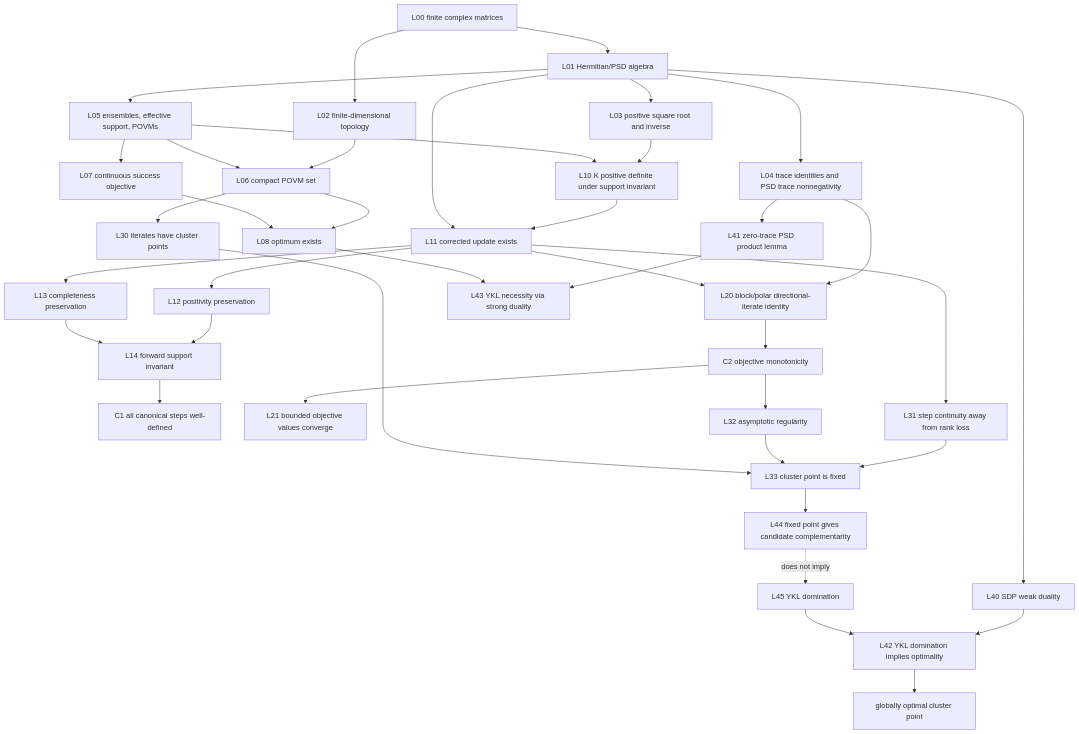
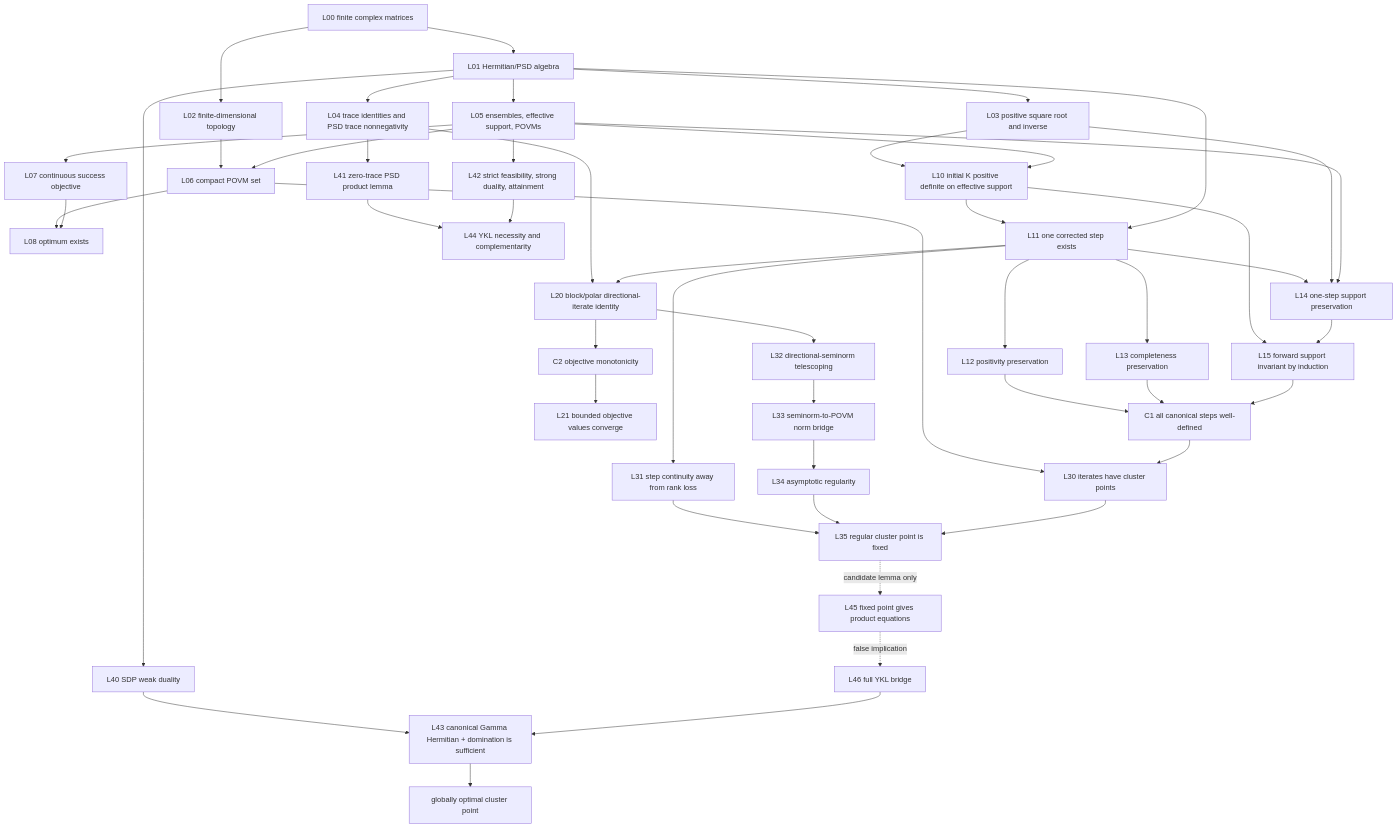
Before and after one commit to jketts/AdaIvy: the diagram in benchmarks/quantum_discrimination/THEOREM_DOSSIER.md, drawn with Mermaid. The commit also changed other lines of this file and 1 other file, not shown here.

````diff
--- a/benchmarks/quantum_discrimination/THEOREM_DOSSIER.md
+++ b/benchmarks/quantum_discrimination/THEOREM_DOSSIER.md
@@ -335,45 +557,54 @@
 ```mermaid
 flowchart TD
   F["L00 finite complex matrices"] --> P["L01 Hermitian/PSD algebra"]
   F --> T["L02 finite-dimensional topology"]
   P --> S["L03 positive square root and inverse"]
   P --> R["L04 trace identities and PSD trace nonnegativity"]
   P --> E["L05 ensembles, effective support, POVMs"]
   T --> C["L06 compact POVM set"]
   E --> C
   E --> O["L07 continuous success objective"]
   C --> X["L08 optimum exists"]
   O --> X
 
-  S --> K["L10 K positive definite under support invariant"]
-  E --> K
-  K --> U["L11 corrected update exists"]
+  S --> K0["L10 initial K positive definite on effective support"]
+  E --> K0
+  K0 --> U["L11 one corrected step exists"]
   P --> U
   U --> PF["L12 positivity preservation"]
   U --> CF["L13 completeness preservation"]
-  PF --> INV["L14 forward support invariant"]
-  CF --> INV
+  U --> SUP["L14 one-step support preservation"]
+  S --> SUP
+  E --> SUP
+  K0 --> INV["L15 forward support invariant by induction"]
+  SUP --> INV
+  PF --> WD["C1 all canonical steps well-defined"]
+  CF --> WD
   INV --> WD["C1 all canonical steps well-defined"]
 
   R --> DIR["L20 block/polar directional-iterate identity"]
   U --> DIR
   DIR --> MON["C2 objective monotonicity"]
   MON --> VAL["L21 bounded objective values converge"]
 
   C --> LP["L30 iterates have cluster points"]
+  WD --> LP
   U --> CONT["L31 step continuity away from rank loss"]
-  MON --> AR["L32 asymptotic regularity"]
-  CONT --> FIX["L33 cluster point is fixed"]
+  DIR --> SEM["L32 directional-seminorm telescoping"]
+  SEM --> BR["L33 seminorm-to-POVM norm bridge"]
+  BR --> AR["L34 asymptotic regularity"]
+  CONT --> FIX["L35 regular cluster point is fixed"]
   AR --> FIX
   LP --> FIX
 
   P --> WDUL["L40 SDP weak duality"]
   R --> CS["L41 zero-trace PSD product lemma"]
-  WDUL --> YS["L42 YKL domination implies optimality"]
-  CS --> YN["L43 YKL necessity via strong duality"]
-  X --> YN
-  FIX --> FCS["L44 fixed point gives candidate complementarity"]
-  FCS -. "does not imply" .-> DOM["L45 YKL domination"]
+  E --> SL["L42 strict feasibility, strong duality, attainment"]
+  WDUL --> YS["L43 canonical Gamma Hermitian + domination is sufficient"]
+  CS --> YN["L44 YKL necessity and complementarity"]
+  SL --> YN
+  FIX -. "candidate lemma only" .-> FCS["L45 fixed point gives product equations"]
+  FCS -. "false implication" .-> DOM["L46 full YKL bridge"]
   DOM --> YS
   YS --> GO["globally optimal cluster point"]
 ```
````
